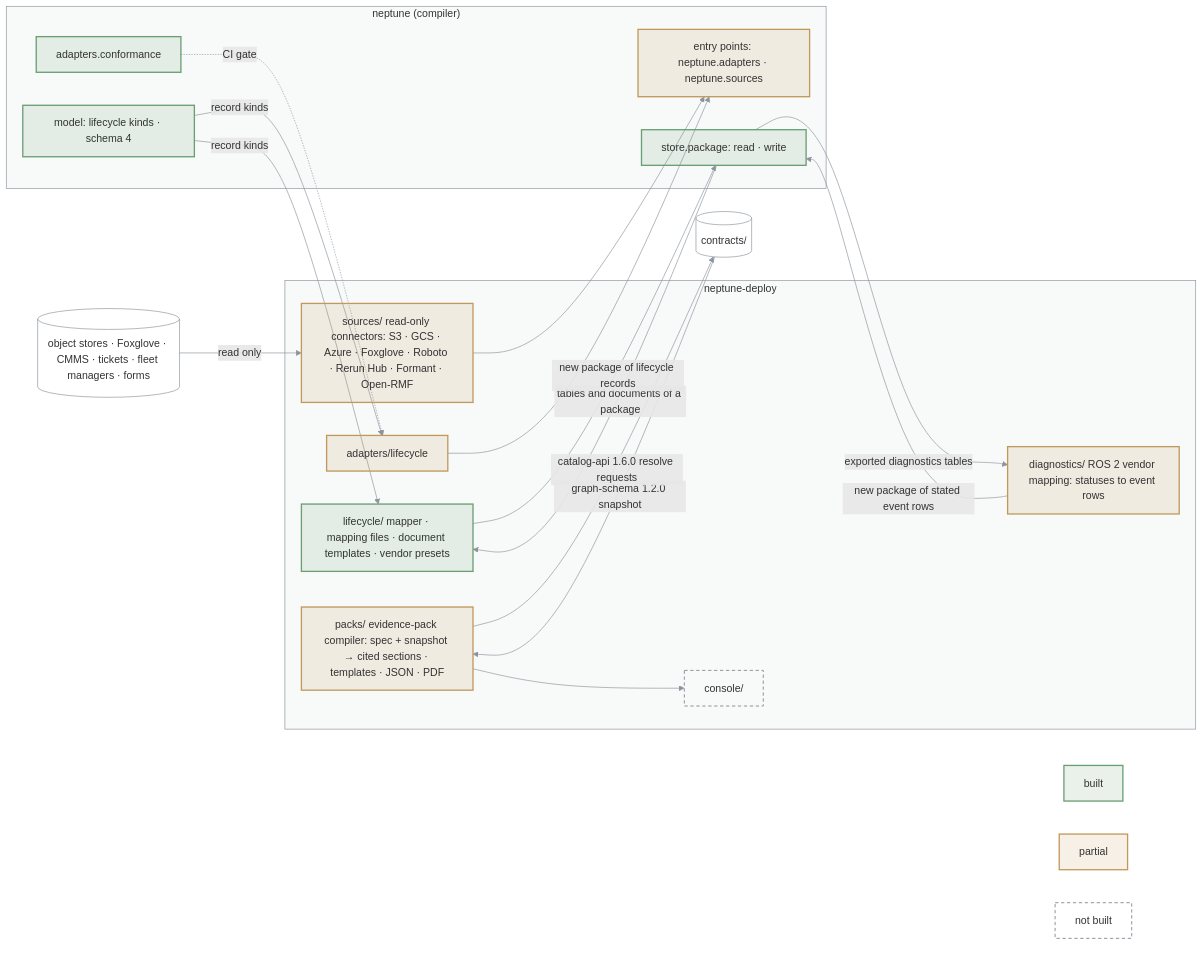
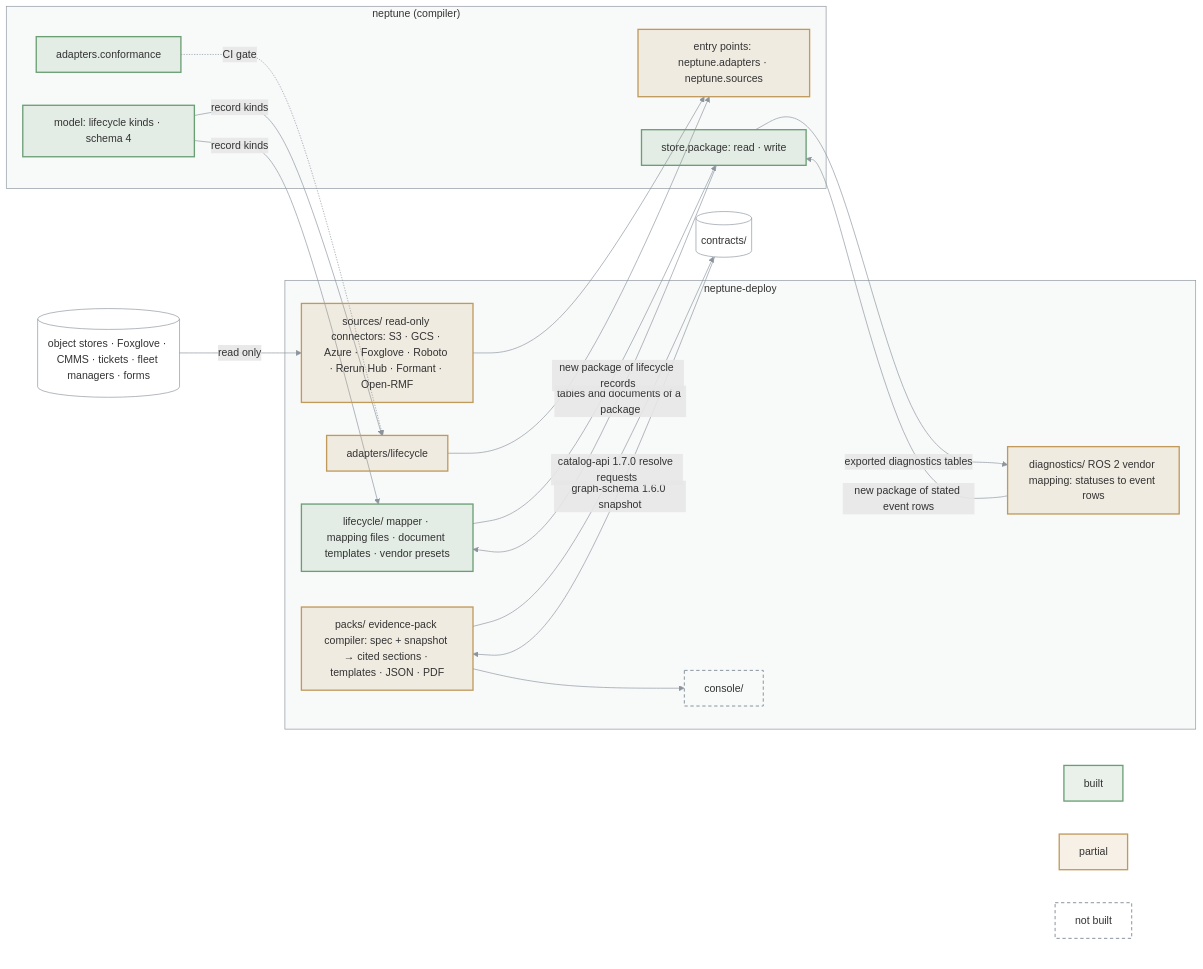
The diagram in packages/neptune-deploy/ARCHITECTURE.md (bennytay/neptune), drawn with Mermaid before and after one commit. The commit also changed 9 other files, not shown here.

First line of the commit message:
feat(deploy): pin graph-schema 1.6.0 and catalog-api 1.7.0; validate the event fixture against the real contract

````diff
--- a/packages/neptune-deploy/ARCHITECTURE.md
+++ b/packages/neptune-deploy/ARCHITECTURE.md
@@ -3,53 +3,53 @@
 ```mermaid
 flowchart LR
   EXT[("object stores · Foxglove · CMMS · tickets · fleet managers · forms")]
   subgraph P["neptune-deploy"]
     SRC["sources/ read-only connectors: S3 · GCS · Azure · Foxglove · Roboto · Rerun Hub · Formant · Open-RMF"]
     LIF["adapters/lifecycle"]
     MAP["lifecycle/ mapper · mapping files · document templates · vendor presets"]
     DIAG["diagnostics/ ROS 2 vendor mapping: statuses to event rows"]
     PACKS["packs/ evidence-pack compiler: spec + snapshot → cited sections · templates · JSON · PDF"]
     CONSOLE["console/"]
   end
   subgraph C["neptune (compiler)"]
     EP["entry points: neptune.adapters · neptune.sources"]
     CONF["adapters.conformance"]
     MODEL["model: lifecycle kinds · schema 4"]
     STORE["store.package: read · write"]
   end
   CON[("contracts/")]
 
   EXT -->|read only| SRC
   SRC --> EP
   LIF --> EP
   CONF -.->|CI gate| LIF
   MODEL -->|record kinds| LIF
   STORE -->|tables and documents of a package| MAP
   MAP -->|new package of lifecycle records| STORE
   MODEL -->|record kinds| MAP
   STORE -->|exported diagnostics tables| DIAG
   DIAG -->|new package of stated event rows| STORE
-  CON -->|graph-schema 1.2.0 snapshot| PACKS
-  PACKS -->|catalog-api 1.6.0 resolve requests| CON
+  CON -->|graph-schema 1.6.0 snapshot| PACKS
+  PACKS -->|catalog-api 1.7.0 resolve requests| CON
   PACKS --> CONSOLE
 
   subgraph KEY[" "]
     K1["built"]
     K2["partial"]
     K3["not built"]
   end
   CONSOLE ~~~ K1 & K2 & K3
 
   classDef built fill:#6a9f7426,stroke:#6a9f74,stroke-width:2px
   classDef partial fill:#c09a5b26,stroke:#c09a5b,stroke-width:2px
   classDef todo fill:none,stroke:#8b949e,stroke-width:1.5px,stroke-dasharray:5 4
   classDef ext fill:none,stroke:#8b949e,stroke-width:1px
   class K1,CONF,MODEL,STORE,MAP built
   class K2,LIF,EP,SRC,DIAG,PACKS partial
   class CONSOLE,K3 todo
   class CON,EXT ext
   style P fill:#8b949e0f,stroke:#8b949e
   style C fill:#8b949e0f,stroke:#8b949e
   style KEY fill:none,stroke:none
   linkStyle default stroke:#8b949e
 ```
````
